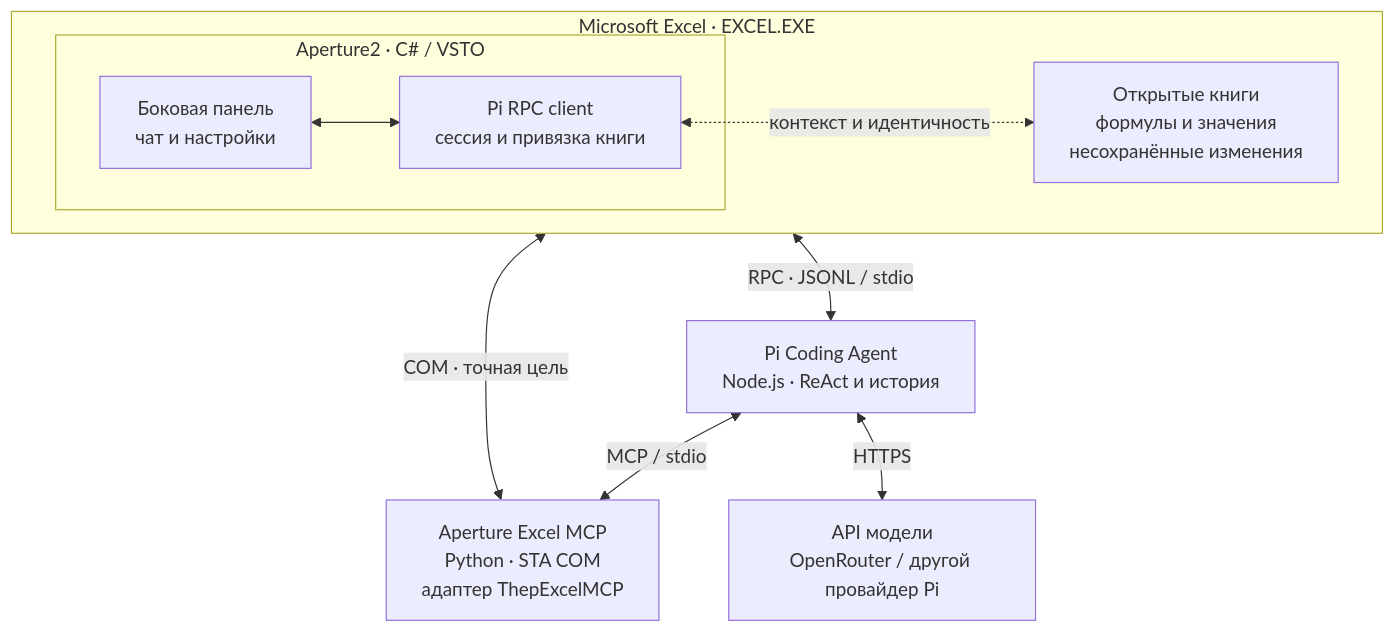
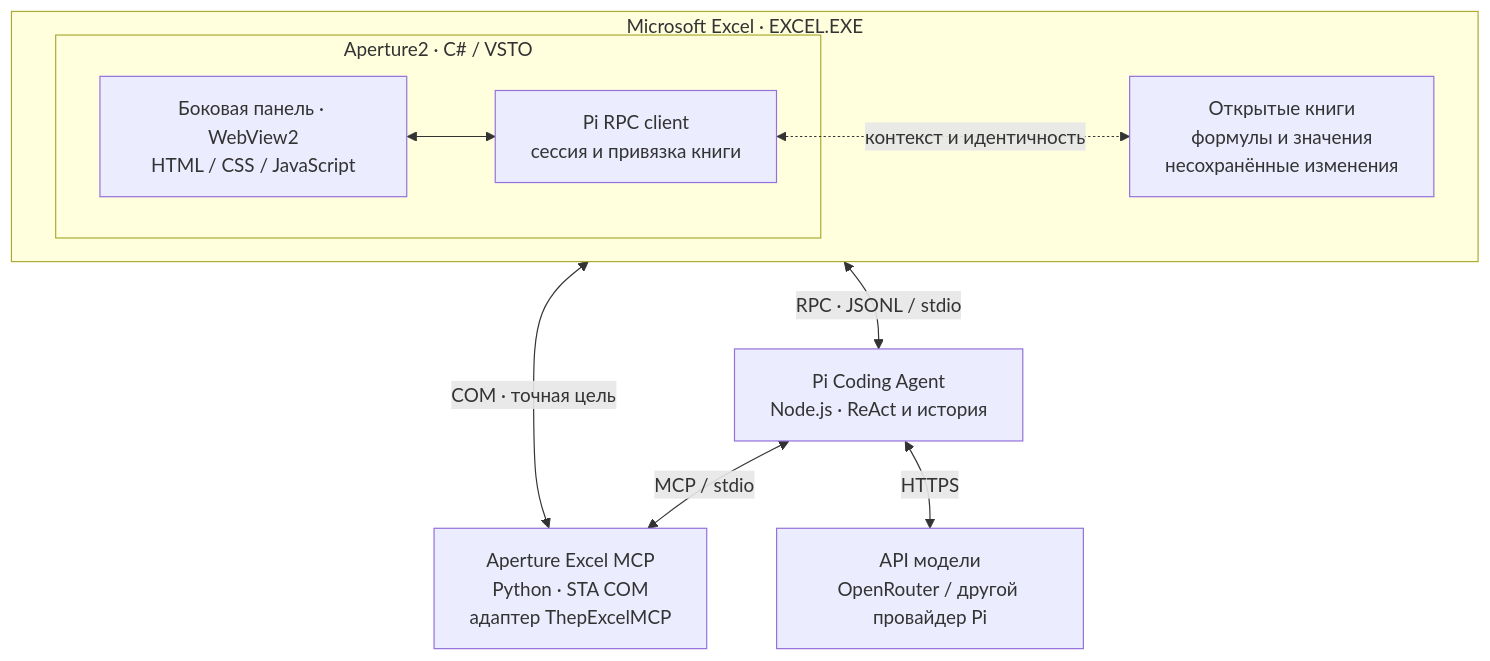
One commit to vladikMSU/Aperture2 changed the diagram in README.md. Above: the diagram before and after it, drawn with Mermaid. The commit also changed other lines of this file and 18 other files, not shown here.

Commit message:
Replace Excel chat with WebView2 and fix UI thread dispatch

````diff
--- a/README.md
+++ b/README.md
@@ -56,20 +56,20 @@
 ```mermaid
 flowchart TB
   subgraph EXCEL["Microsoft Excel · EXCEL.EXE"]
     direction LR
     subgraph VSTO["Aperture2 · C# / VSTO"]
-      PANEL["Боковая панель<br/>чат и настройки"]
+      PANEL["Боковая панель · WebView2<br/>HTML / CSS / JavaScript"]
       CLIENT["Pi RPC client<br/>сессия и привязка книги"]
       PANEL <--> CLIENT
     end
     BOOKS["Открытые книги<br/>формулы и значения<br/>несохранённые изменения"]
     CLIENT <-.->|"контекст и идентичность"| BOOKS
   end
   PI["Pi Coding Agent<br/>Node.js · ReAct и история"]
   MCP["Aperture Excel MCP<br/>Python · STA COM<br/>адаптер ThepExcelMCP"]
   LLM["API модели<br/>OpenRouter / другой провайдер Pi"]
   CLIENT <-->|"RPC · JSONL / stdio"| PI
   PI <-->|"MCP / stdio"| MCP
   MCP <-->|"COM · точная цель"| BOOKS
   PI <-->|"HTTPS"| LLM
 ```
````
